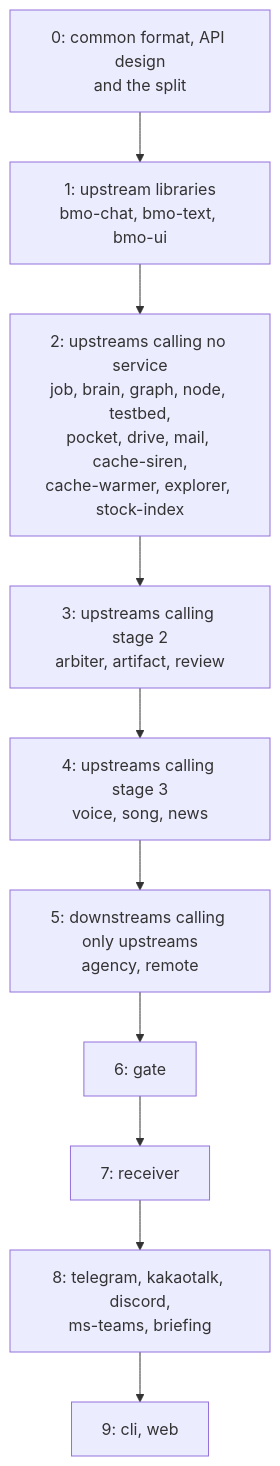
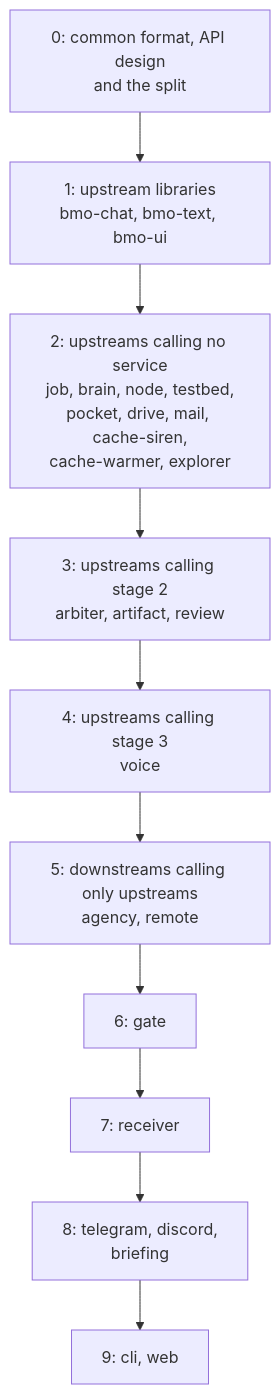
Before and after one commit to ahas/bmo-chat: the diagram in docs/conventions.md, drawn with Mermaid. The commit also changed other lines of this file, not shown here.

````diff
--- a/docs/conventions.md
+++ b/docs/conventions.md
@@ -497,14 +497,14 @@
 ```mermaid
 flowchart TD
   S0["0: common format, API design<br/>and the split"]
   S1["1: upstream libraries<br/>bmo-chat, bmo-text, bmo-ui"]
-  S2["2: upstreams calling no service<br/>job, brain, graph, node, testbed,<br/>pocket, drive, mail, cache-siren,<br/>cache-warmer, explorer, stock-index"]
+  S2["2: upstreams calling no service<br/>job, brain, node, testbed,<br/>pocket, drive, mail, cache-siren,<br/>cache-warmer, explorer"]
   S3["3: upstreams calling stage 2<br/>arbiter, artifact, review"]
-  S4["4: upstreams calling stage 3<br/>voice, song, news"]
+  S4["4: upstreams calling stage 3<br/>voice"]
   S5["5: downstreams calling only upstreams<br/>agency, remote"]
   S6["6: gate"]
   S7["7: receiver"]
-  S8["8: telegram, kakaotalk, discord,<br/>ms-teams, briefing"]
+  S8["8: telegram, discord,<br/>briefing"]
   S9["9: cli, web"]
   S0 --> S1 --> S2 --> S3 --> S4 --> S5 --> S6 --> S7 --> S8 --> S9
 ```
````
